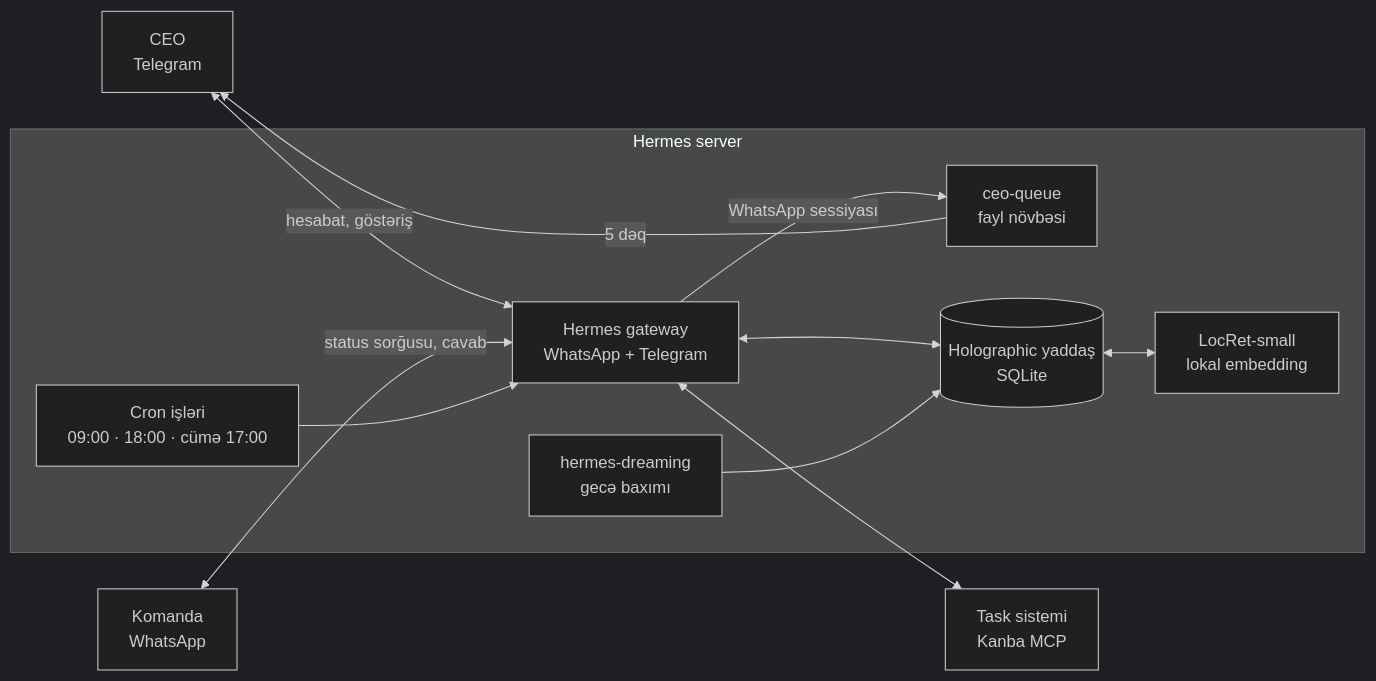
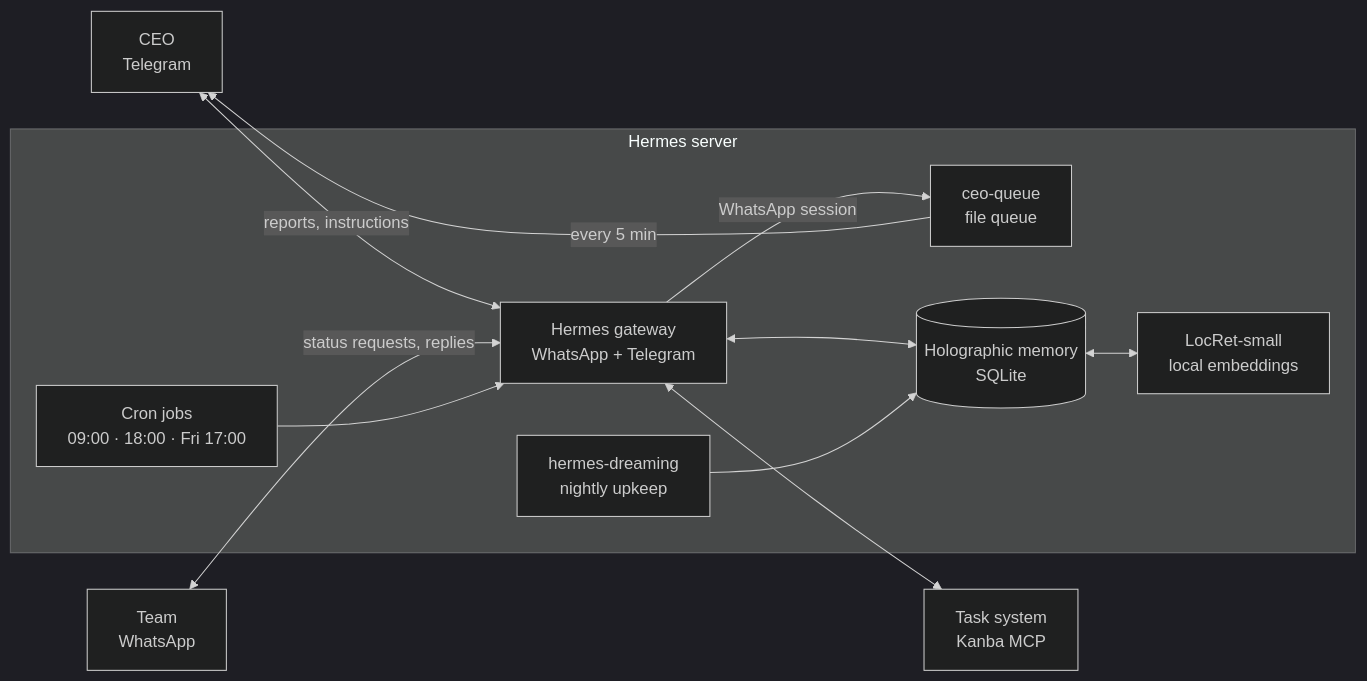
Before and after one commit to Really-y/azedev-coo-agent: the diagram in README.md, drawn with Mermaid (dark theme). The commit also changed other lines of this file and 1 other file, not shown here.

````diff
--- a/README.md
+++ b/README.md
@@ -16,19 +21,19 @@
 ```mermaid
 flowchart LR
-    CEO[CEO<br/>Telegram] <-->|hesabat, göstəriş| GW
-    TEAM[Komanda<br/>WhatsApp] <-->|status sorğusu, cavab| GW
+    CEO[CEO<br/>Telegram] <-->|reports, instructions| GW
+    TEAM[Team<br/>WhatsApp] <-->|status requests, replies| GW
     subgraph Server[Hermes server]
         GW[Hermes gateway<br/>WhatsApp + Telegram]
-        CRON[Cron işləri<br/>09:00 · 18:00 · cümə 17:00]
-        Q[ceo-queue<br/>fayl növbəsi]
-        MEM[(Holographic yaddaş<br/>SQLite)]
-        EMB[LocRet-small<br/>lokal embedding]
-        DREAM[hermes-dreaming<br/>gecə baxımı]
+        CRON[Cron jobs<br/>09:00 · 18:00 · Fri 17:00]
+        Q[ceo-queue<br/>file queue]
+        MEM[(Holographic memory<br/>SQLite)]
+        EMB[LocRet-small<br/>local embeddings]
+        DREAM[hermes-dreaming<br/>nightly upkeep]
     end
-    GW <--> MCP[Task sistemi<br/>Kanba MCP]
+    GW <--> MCP[Task system<br/>Kanba MCP]
     CRON --> GW
-    GW -- WhatsApp sessiyası --> Q -- 5 dəq --> CEO
+    GW -- WhatsApp session --> Q -- every 5 min --> CEO
     GW <--> MEM
     MEM <--> EMB
     DREAM --> MEM
 ```
````
